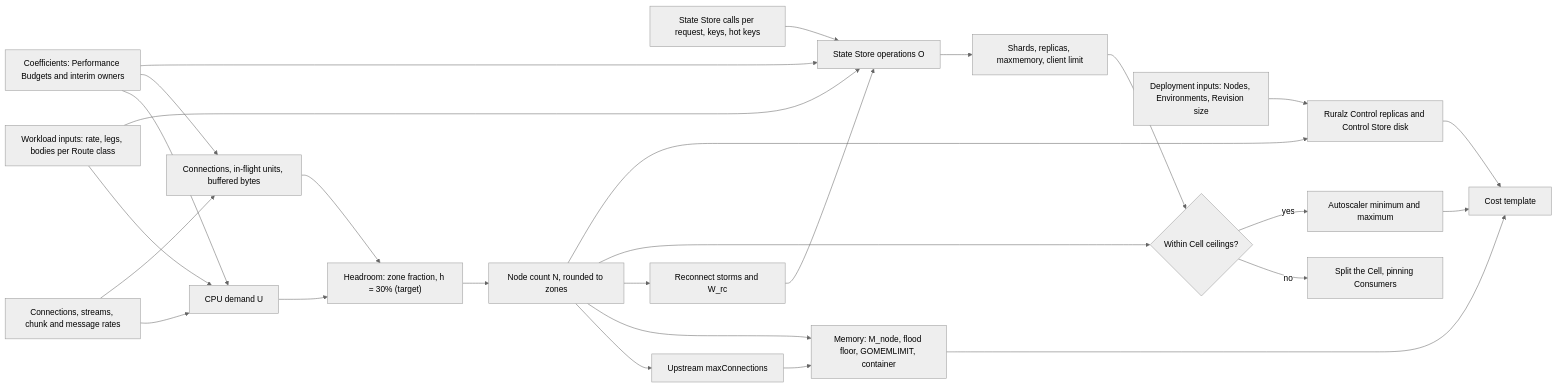
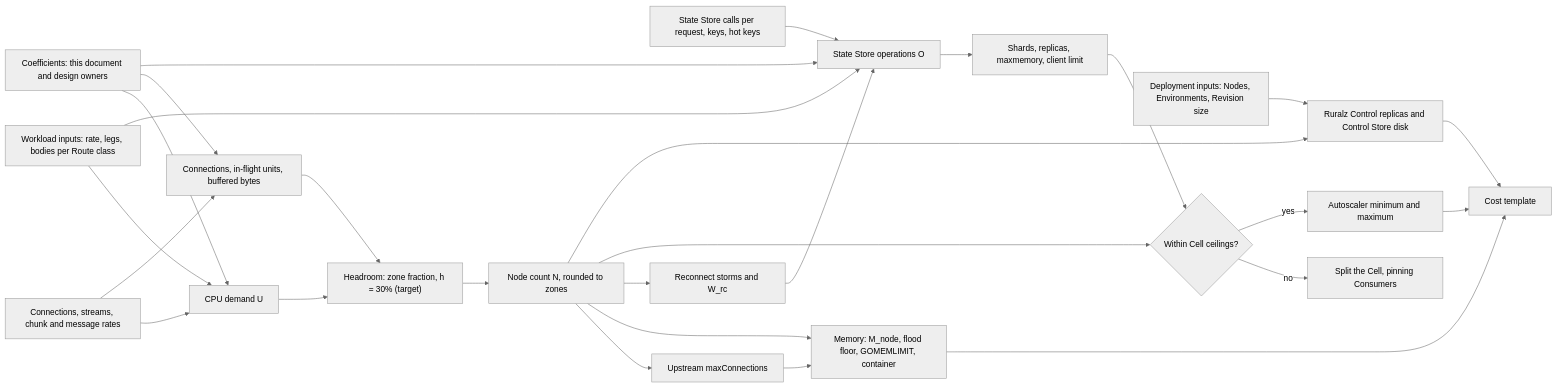
One commit to ravindu-rev/ruralz changed the diagram in docs/operations/03-capacity-planning.md. Above: the diagram before and after it, drawn with Mermaid (neutral theme). The commit also changed other lines of this file and 42 other files, not shown here.

````diff
--- a/docs/operations/03-capacity-planning.md
+++ b/docs/operations/03-capacity-planning.md
@@ -54,48 +54,48 @@
 ```mermaid
 flowchart LR
     wl["Workload inputs: rate, legs, bodies per Route class"]
     st["Connections, streams, chunk and message rates"]
     ssin["State Store calls per request, keys, hot keys"]
     fl["Deployment inputs: Nodes, Environments, Revision size"]
-    coef["Coefficients: Performance Budgets and interim owners"]
+    coef["Coefficients: this document and design owners"]
     cpu["CPU demand U"]
     units["Connections, in-flight units, buffered bytes"]
     hr["Headroom: zone fraction, h = 30% (target)"]
     nodes["Node count N, rounded to zones"]
     upst["Upstream maxConnections"]
     mem["Memory: M_node, flood floor, GOMEMLIMIT, container"]
     storm["Reconnect storms and W_rc"]
     ops["State Store operations O"]
     shards["Shards, replicas, maxmemory, client limit"]
     cell{"Within Cell ceilings?"}
     split["Split the Cell, pinning Consumers"]
     rc["Ruralz Control replicas and Control Store disk"]
     auto["Autoscaler minimum and maximum"]
     cost["Cost template"]
     wl --> cpu
     st --> cpu
     st --> units
     coef --> cpu
     coef --> units
     coef --> ops
     cpu --> hr
     units --> hr
     hr --> nodes
     nodes --> upst
     nodes --> mem
     upst --> mem
     nodes --> storm
     storm --> ops
     ssin --> ops
     wl --> ops
     ops --> shards
     nodes --> cell
     shards --> cell
     cell -- "no" --> split
     cell -- "yes" --> auto
     nodes --> rc
     fl --> rc
     auto --> cost
     mem --> cost
     rc --> cost
 ```
````
